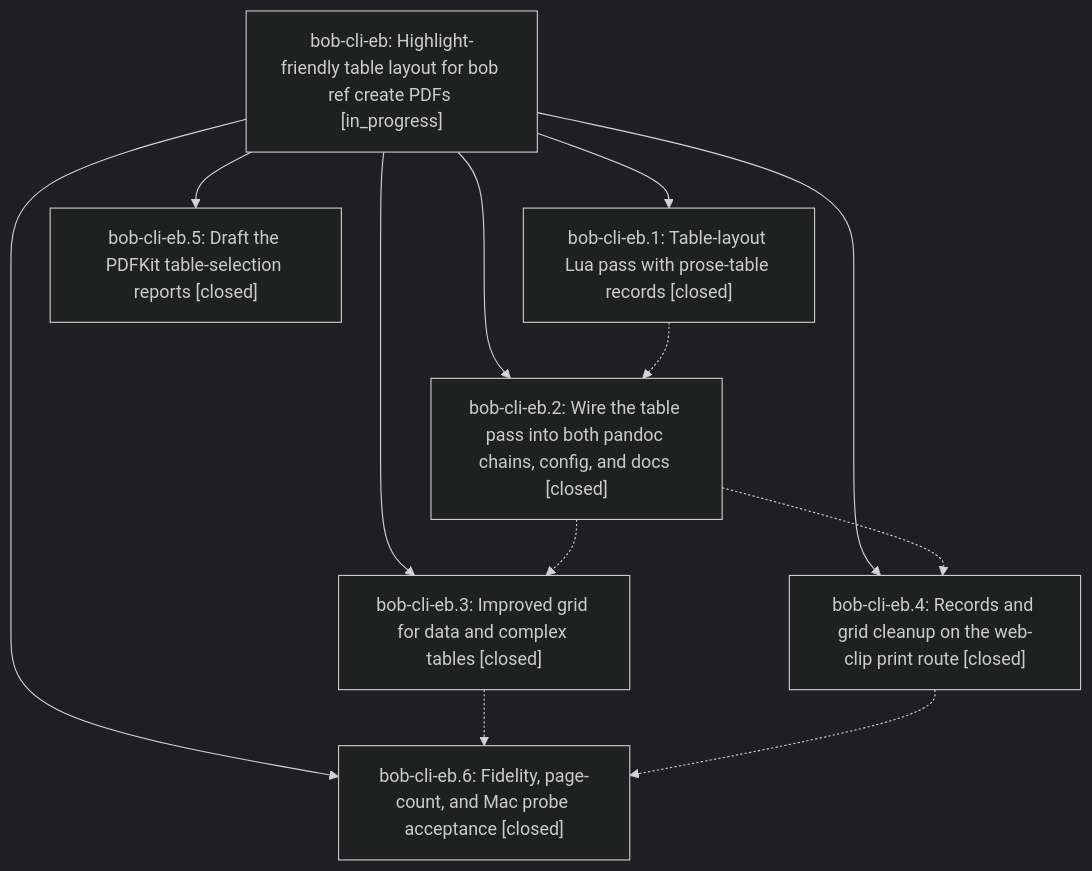
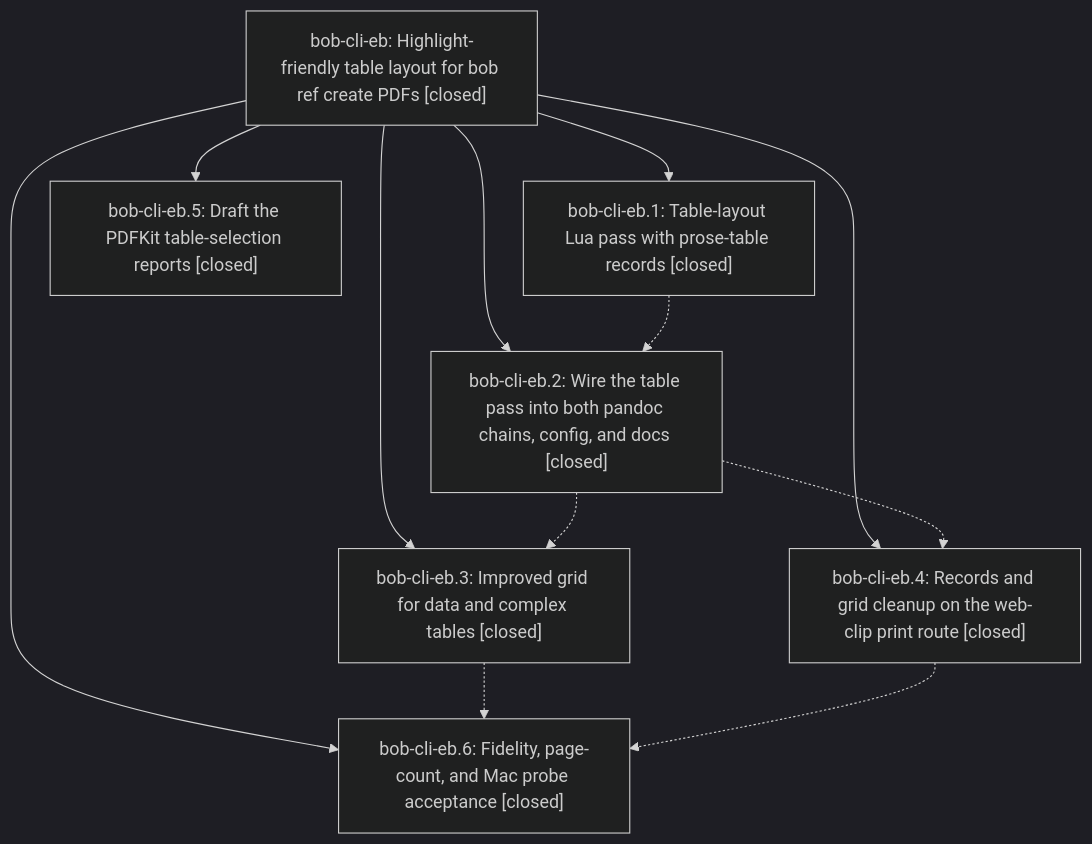
The diagram in pages/bob-cli-eb/README.md (bobs-org/bob-cli--beads), drawn with Mermaid (dark theme) before and after one commit. The commit also changed other lines of this file and 1 other file, not shown here.

First line of the commit message:
chore(beads): sync bead state and pages for bob-cli-eb

````diff
--- a/pages/bob-cli-eb/README.md
+++ b/pages/bob-cli-eb/README.md
@@ -39,21 +51,21 @@
 ```mermaid
 flowchart TD
-    n0["bob-cli-eb: Highlight-friendly table layout for bob ref create PDFs [in_progress]"]
+    n0["bob-cli-eb: Highlight-friendly table layout for bob ref create PDFs [closed]"]
     n1["bob-cli-eb.1: Table-layout Lua pass with prose-table records [closed]"]
     n2["bob-cli-eb.2: Wire the table pass into both pandoc chains, config, and docs [closed]"]
     n3["bob-cli-eb.3: Improved grid for data and complex tables [closed]"]
     n4["bob-cli-eb.4: Records and grid cleanup on the web-clip print route [closed]"]
     n5["bob-cli-eb.5: Draft the PDFKit table-selection reports [closed]"]
     n6["bob-cli-eb.6: Fidelity, page-count, and Mac probe acceptance [closed]"]
     n0 --> n1
     n0 --> n2
     n0 --> n3
     n0 --> n4
     n0 --> n5
     n0 --> n6
     n1 -.-> n2
     n2 -.-> n3
     n2 -.-> n4
     n3 -.-> n6
     n4 -.-> n6
 ```
````
